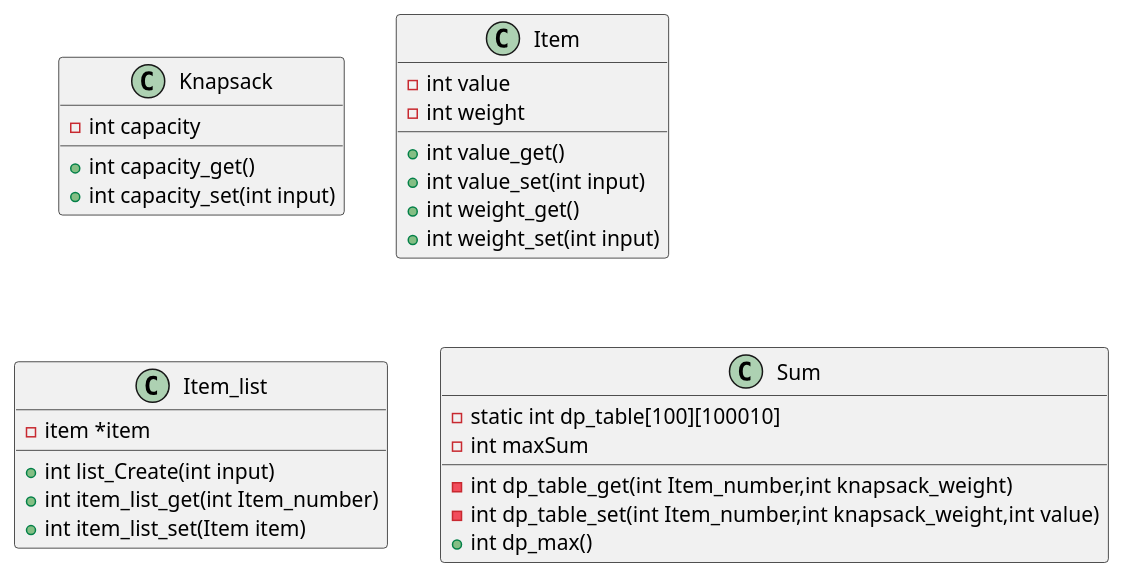
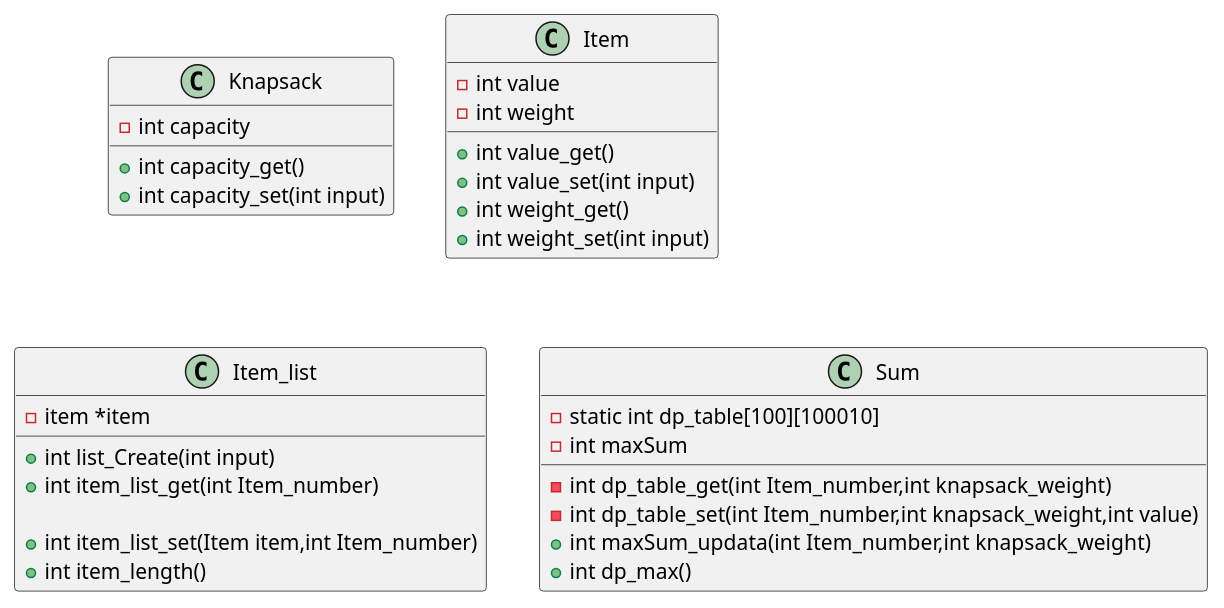
The diagram in 0219/classSample.pu (kat00000000/kt), drawn with PlantUML before and after one commit. The commit also changed 11 other files, not shown here.

```diff
--- a/0219/classSample.pu
+++ b/0219/classSample.pu
@@ -1,30 +1,33 @@
-@startuml
+@startuml　クラス図 
 class Knapsack{
     -int capacity
     +int capacity_get()
     +int capacity_set(int input)
 }
 class Item{
     -int value
     -int weight
     +int value_get()
     +int value_set(int input)
     +int weight_get()
     +int weight_set(int input)
 }
 
 class Item_list{
     -item *item
     +int list_Create(int input)
     +int item_list_get(int Item_number)
-    +int item_list_set(Item item)
+
+    +int item_list_set(Item item,int Item_number)
+    +int item_length()
 }
 
 class Sum{
     -static int dp_table[100][100010]
     -int maxSum
     -int dp_table_get(int Item_number,int knapsack_weight)
     -int dp_table_set(int Item_number,int knapsack_weight,int value)
+    +int maxSum_updata(int Item_number,int knapsack_weight)
     +int dp_max()
 }
 @enduml
```
